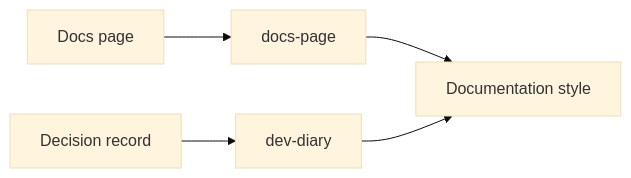
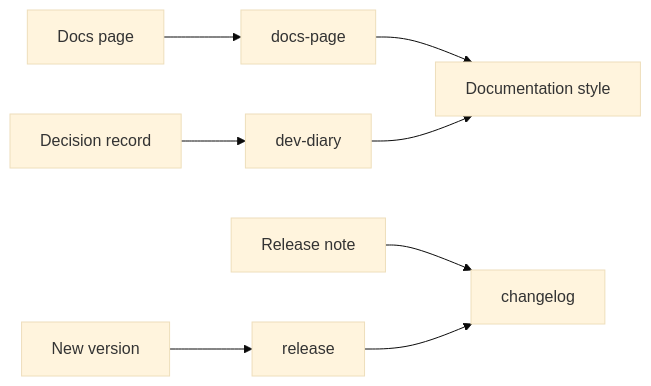
One commit to bastigw/mnutils changed the diagram in docs/contribute/index.md. Above: the diagram before and after it, drawn with Mermaid (base theme). The commit also changed other lines of this file and 7 other files, not shown here.

````diff
--- a/docs/contribute/index.md
+++ b/docs/contribute/index.md
@@ -16,8 +18,11 @@
 ```{mermaid}
 %%{init: {'flowchart': {'htmlLabels': false}}}%%
 flowchart LR
     C1["Docs page"] --> P["docs-page"]
     C2["Decision record"] --> V["dev-diary"]
+    C3["Release note"] --> L["changelog"]
+    C4["New version"] --> R["release"]
     P --> H["Documentation style"]
     V --> H
+    R --> L
 ```
````
